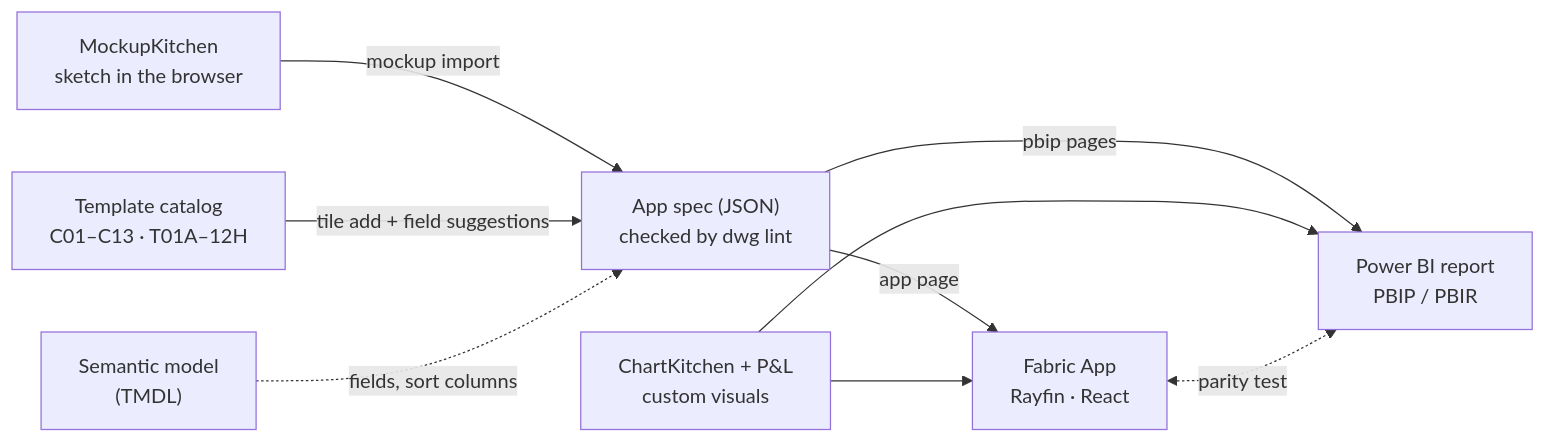
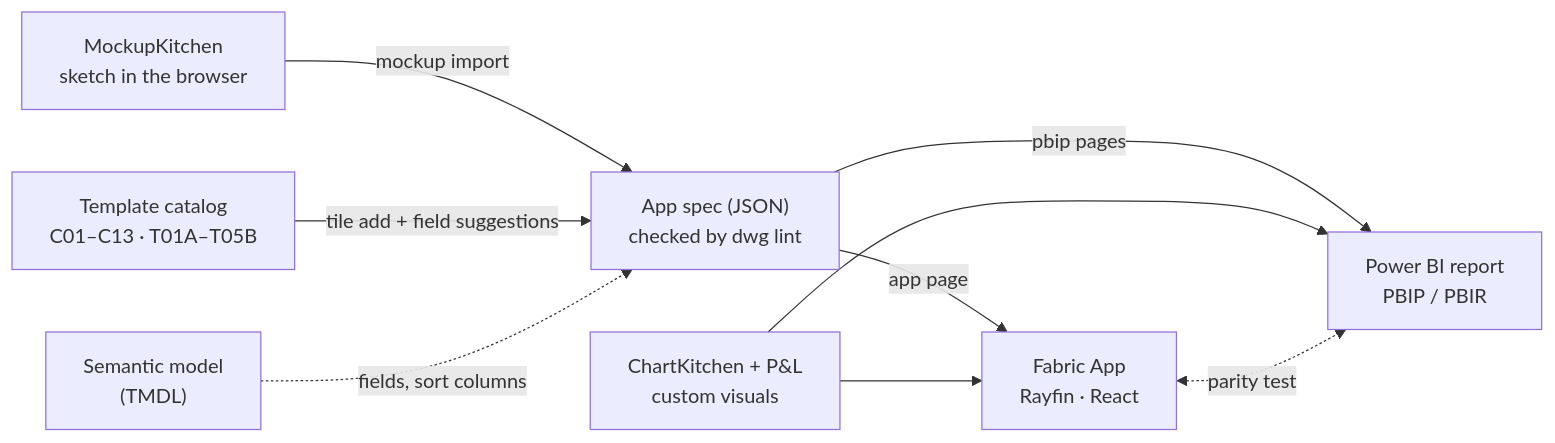
One commit to Losveratos/dwg-cli changed the diagram in README.md. Above: the diagram before and after it, drawn with Mermaid. The commit also changed other lines of this file and 77 other files, not shown here.

First line of the commit message:
Visuals: P&L 1.7.0.0 mit Bilanz und Cashflow (T05A/T05B), ChartKitchen 1.53.0.0

````diff
--- a/README.md
+++ b/README.md
@@ -32,12 +32,12 @@
 ```mermaid
 flowchart LR
     SPEC["App spec (JSON)<br/>checked by dwg lint"]
     MK["MockupKitchen<br/>sketch in the browser"] -->|mockup import| SPEC
-    CAT["Template catalog<br/>C01–C13 · T01A–12H"] -->|tile add + field suggestions| SPEC
+    CAT["Template catalog<br/>C01–C13 · T01A–T05B"] -->|tile add + field suggestions| SPEC
     TMDL["Semantic model<br/>(TMDL)"] -.->|fields, sort columns| SPEC
     SPEC -->|app page| APP["Fabric App<br/>Rayfin · React"]
     SPEC -->|pbip pages| PBI["Power BI report<br/>PBIP / PBIR"]
     VIS["ChartKitchen + P#amp;L<br/>custom visuals"] --> APP
     VIS --> PBI
     APP <-.->|parity test| PBI
 ```
````
